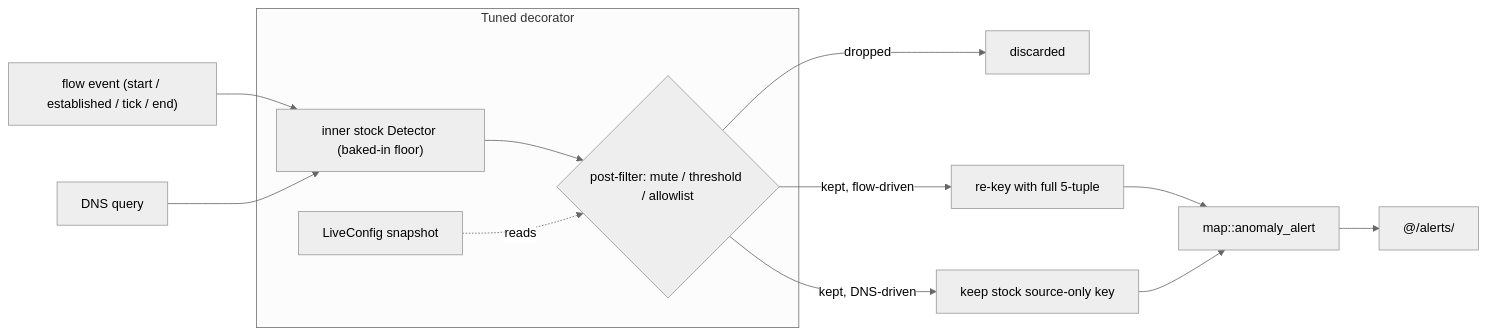
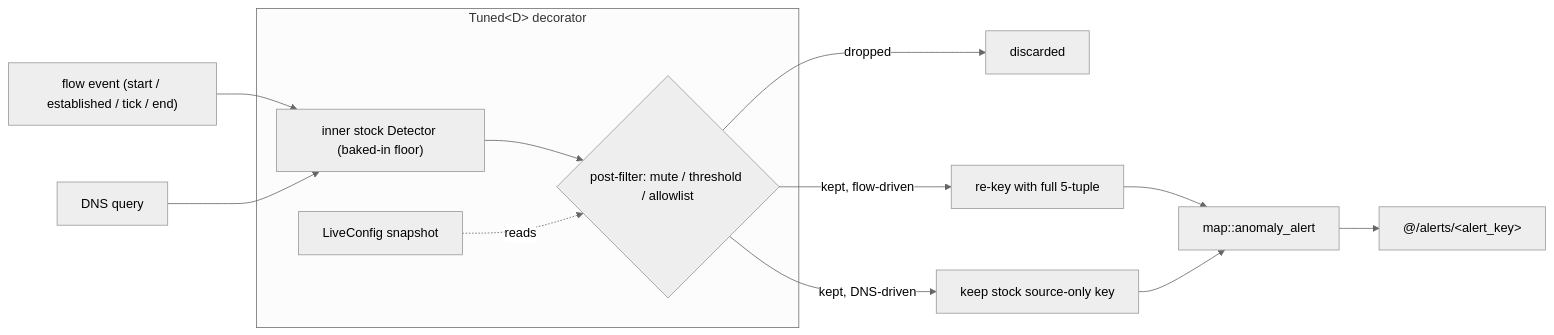
One commit to p13marc/zensight changed the diagram in zensight-sensor-netring/docs/detectors.md. Above: the diagram before and after it, drawn with Mermaid (neutral theme). The commit also changed 3 other files, not shown here.

First line of the commit message:
docs: fix stale crate names + escape angle brackets in Mermaid labels

````diff
--- a/zensight-sensor-netring/docs/detectors.md
+++ b/zensight-sensor-netring/docs/detectors.md
@@ -92,17 +92,17 @@
 ```mermaid
 flowchart LR
     F["flow event (start / established / tick / end)"] --> S
     Q["DNS query"] --> S
 
-    subgraph Tuned["Tuned<D> decorator"]
+    subgraph Tuned["Tuned&lt;D&gt; decorator"]
         S["inner stock Detector (baked-in floor)"] --> P{"post-filter: mute / threshold / allowlist"}
         L["LiveConfig snapshot"] -. "reads" .-> P
     end
 
     P -->|"dropped"| X["discarded"]
     P -->|"kept, flow-driven"| K["re-key with full 5-tuple"]
     P -->|"kept, DNS-driven"| N["keep stock source-only key"]
     K --> A["map::anomaly_alert"]
     N --> A
-    A --> Z["@/alerts/<alert_key>"]
+    A --> Z["@/alerts/&lt;alert_key&gt;"]
 ```
````
